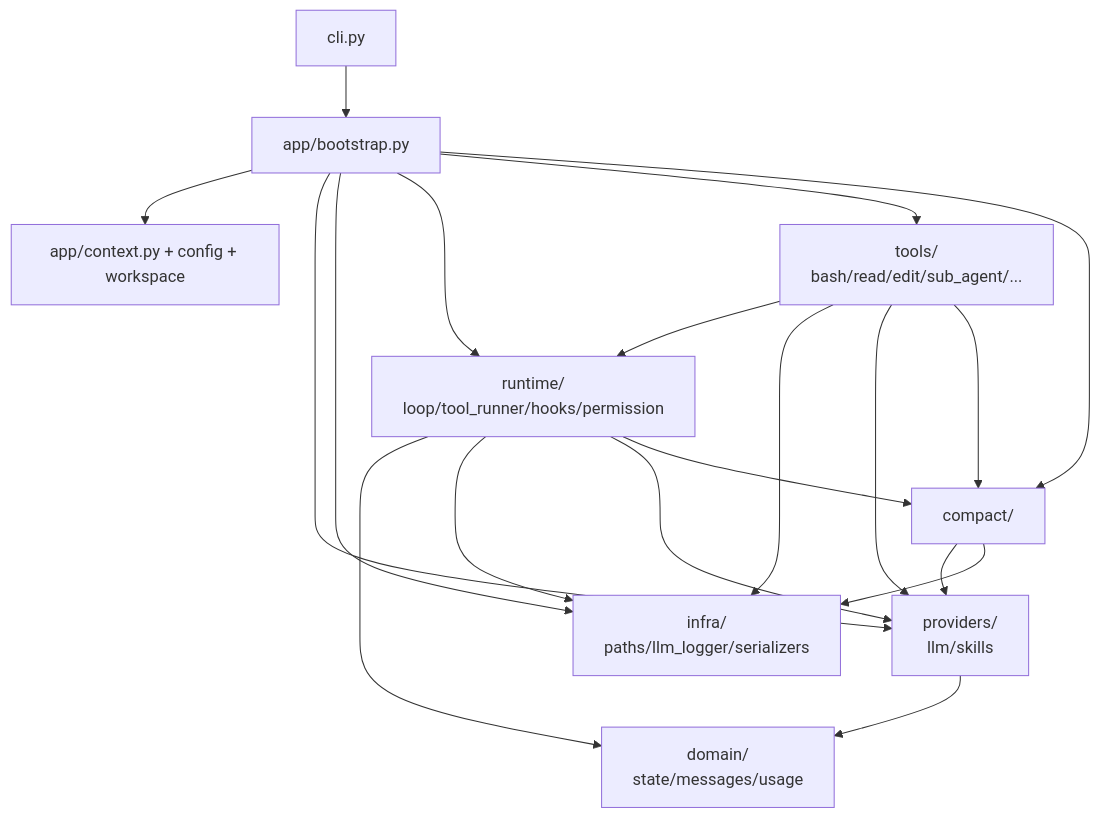
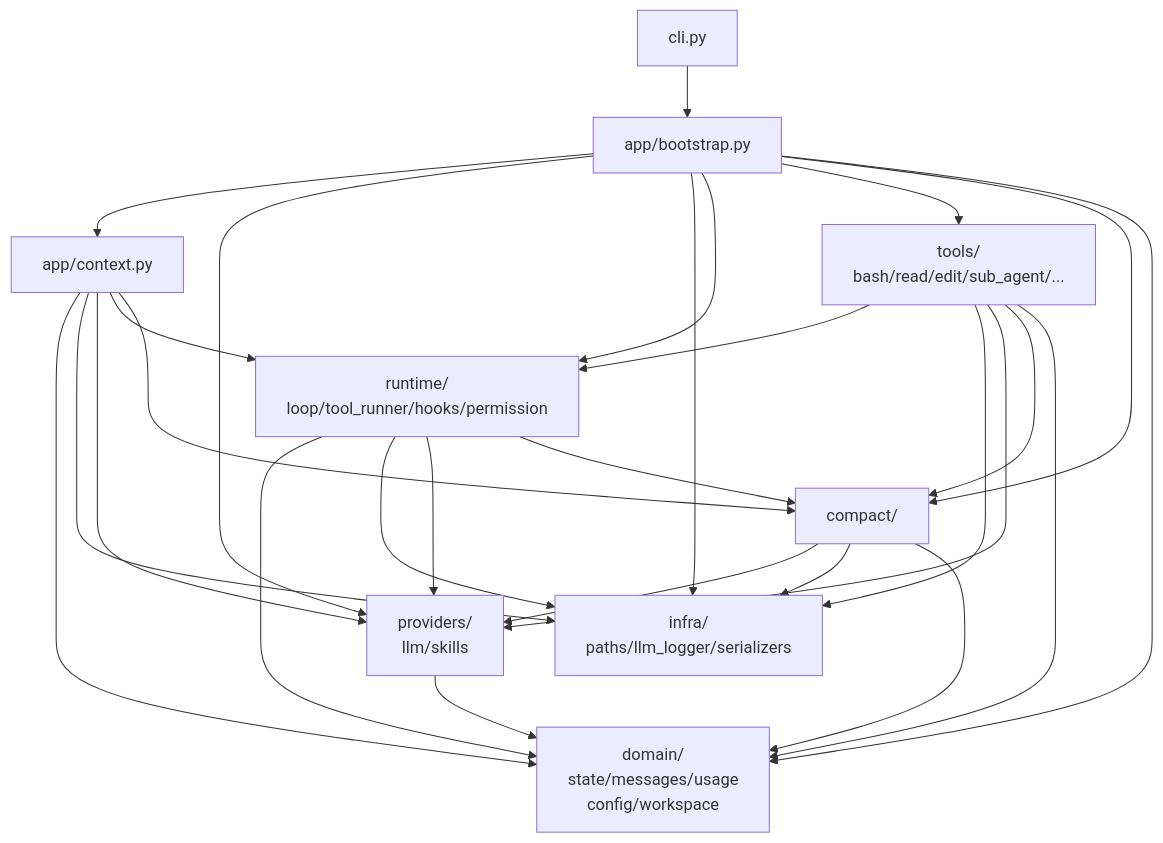
One commit to welkinzhou/mini-claude-code changed the diagram in docs/ARCHITECTURE.md. Above: the diagram before and after it, drawn with Mermaid. The commit also changed other lines of this file and 27 other files, not shown here.

````diff
--- a/docs/ARCHITECTURE.md
+++ b/docs/ARCHITECTURE.md
@@ -43,33 +43,41 @@
 ```mermaid
 flowchart TD
     cli[cli.py]
     bootstrap[app/bootstrap.py]
-    appCtx[app/context.py + config + workspace]
+    appCtx[app/context.py]
 
-    domain[domain/<br/>state/messages/usage]
+    domain[domain/<br/>state/messages/usage<br/>config/workspace]
     infra[infra/<br/>paths/llm_logger/serializers]
     providers[providers/<br/>llm/skills]
     runtime[runtime/<br/>loop/tool_runner/hooks/permission]
     tools[tools/<br/>bash/read/edit/sub_agent/...]
     compact[compact/]
 
     cli --> bootstrap
     bootstrap --> appCtx
     bootstrap --> providers
     bootstrap --> infra
     bootstrap --> runtime
     bootstrap --> tools
     bootstrap --> compact
+    bootstrap --> domain
+    appCtx --> domain
+    appCtx --> infra
+    appCtx --> providers
+    appCtx --> runtime
+    appCtx --> compact
 
     runtime --> domain
     runtime --> infra
     runtime --> providers
     runtime --> compact
     tools --> runtime
     tools --> infra
     tools --> providers
     tools --> compact
+    tools --> domain
     compact --> providers
     compact --> infra
+    compact --> domain
     providers --> domain
 ```
````
